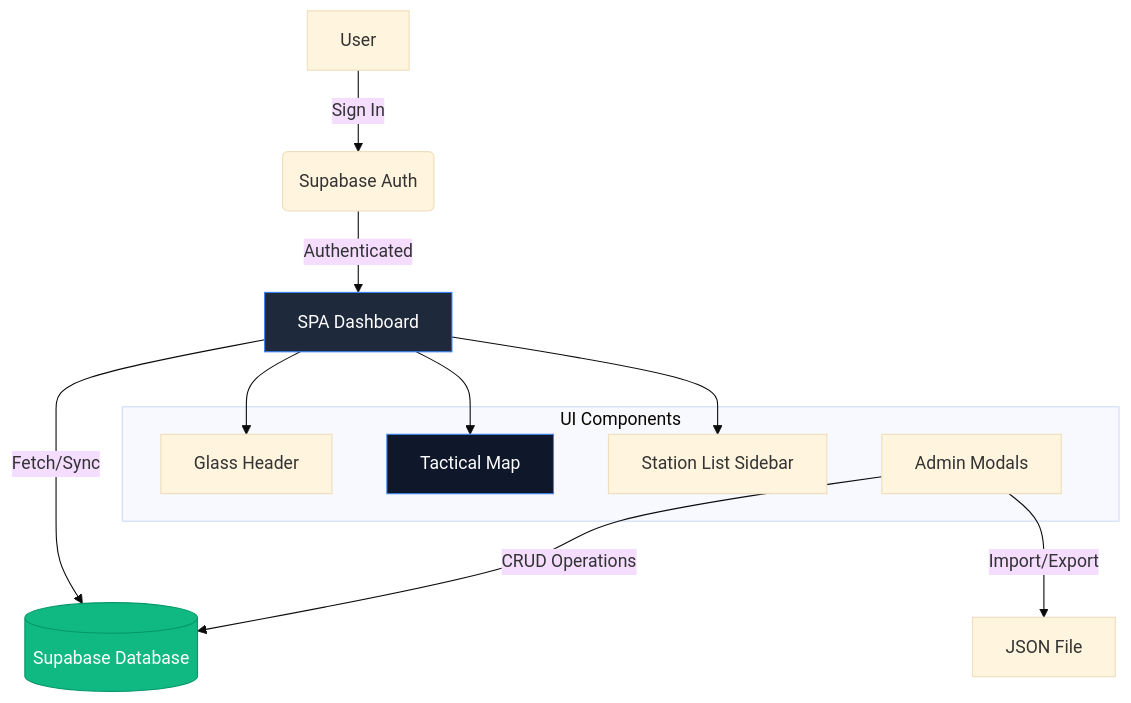
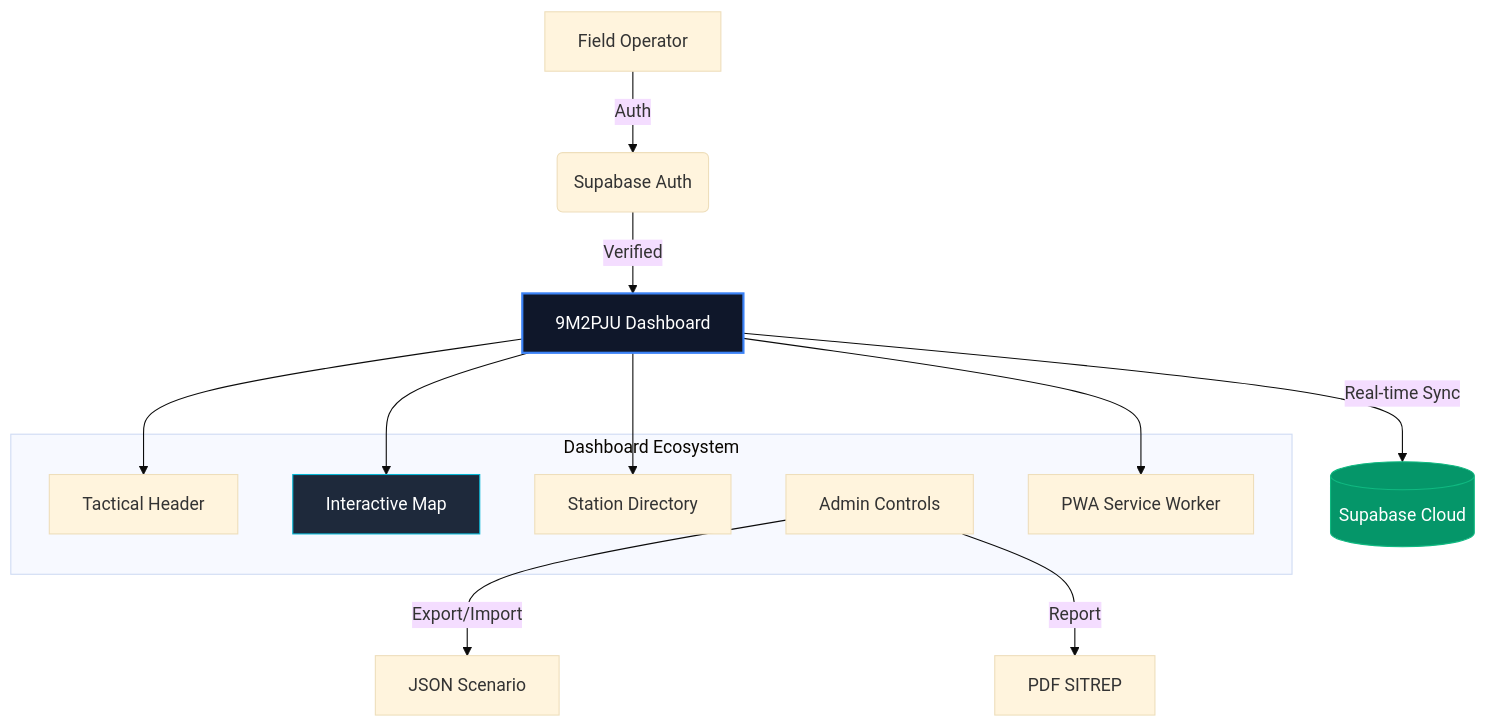
One commit to 9M2PJU/9M2PJU-Amateur-Radio-Simulated-Emergency-Test-Dashboard changed the diagram in README.md. Above: the diagram before and after it, drawn with Mermaid (base theme). The commit also changed other lines of this file and 4 other files, not shown here.

````diff
--- a/README.md
+++ b/README.md
@@ -32,24 +38,26 @@
 ```mermaid
 graph TD
-    A[User] -->|Sign In| B(Supabase Auth)
-    B -->|Authenticated| C[SPA Dashboard]
-    C -->|Fetch/Sync| D[(Supabase Database)]
+    A[Field Operator] -->|Auth| B(Supabase Auth)
+    B -->|Verified| C[9M2PJU Dashboard]
+    C -->|Real-time Sync| D[(Supabase Cloud)]
     
-    subgraph UI Components
-        F[Glass Header]
-        G[Tactical Map]
-        H[Station List Sidebar]
-        I[Admin Modals]
+    subgraph Dashboard Ecosystem
+        F[Tactical Header]
+        G[Interactive Map]
+        H[Station Directory]
+        I[Admin Controls]
+        K[PWA Service Worker]
     end
     
     C --> F
     C --> G
     C --> H
+    C --> K
     
-    I -->|CRUD Operations| D
-    I -->|Import/Export| J[JSON File]
+    I -->|Export/Import| J[JSON Scenario]
+    I -->|Report| L[PDF SITREP]
     
-    style C fill:#1e293b,stroke:#3b82f6,color:#fff
-    style G fill:#0f172a,stroke:#3b82f6,color:#fff
-    style D fill:#10b981,stroke:#059669,color:#fff
+    style C fill:#0f172a,stroke:#3b82f6,stroke-width:2px,color:#fff
+    style G fill:#1e293b,stroke:#06b6d4,color:#fff
+    style D fill:#059669,stroke:#10b981,color:#fff
 ```
````
